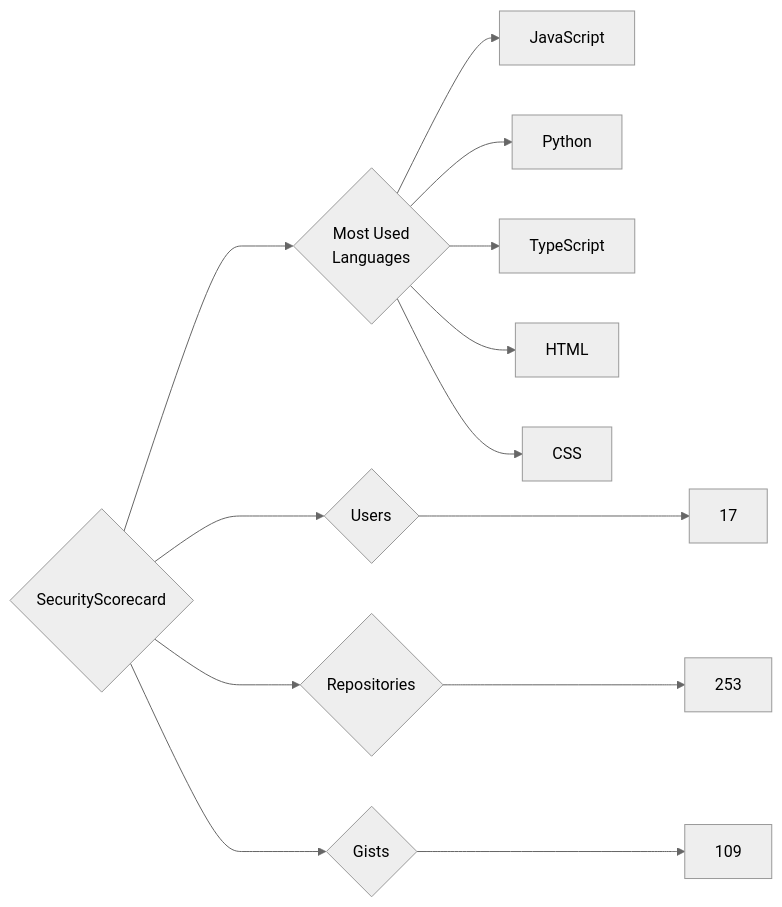
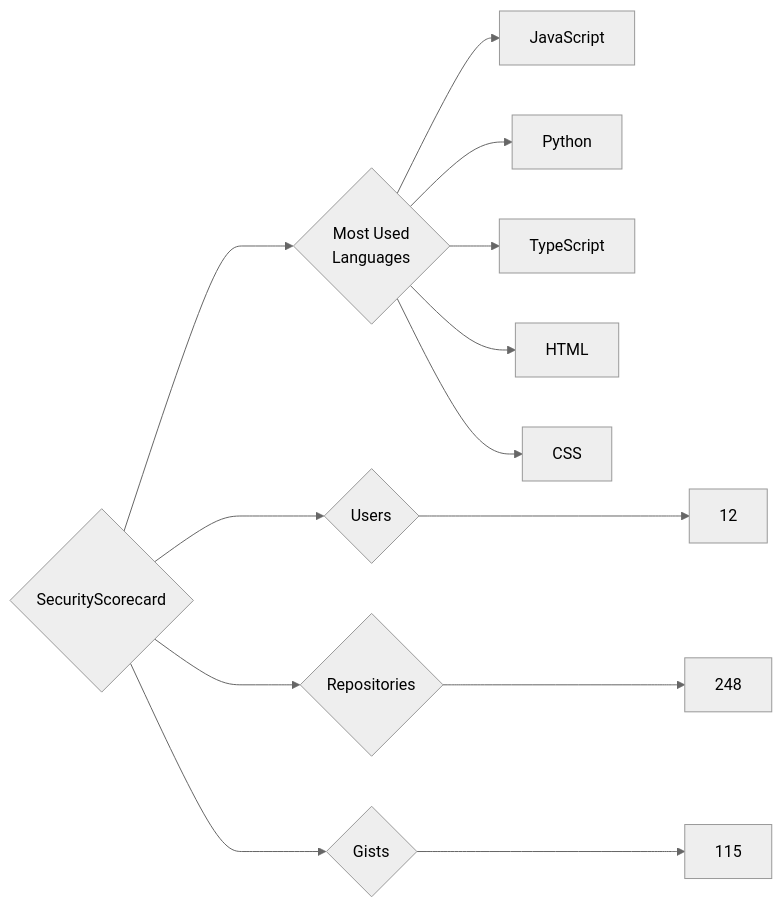
Before and after one commit to trickest/insiders: the diagram in targets/SecurityScorecard/README.md, drawn with Mermaid (neutral theme). The commit also changed 972 other files, not shown here.

````diff
--- a/targets/SecurityScorecard/README.md
+++ b/targets/SecurityScorecard/README.md
@@ -3,13 +3,13 @@
 ```mermaid
 graph LR
 COMPANY_NAME{SecurityScorecard}
-COMPANY_NAME ---> U{Users} ---> UN[17]
-COMPANY_NAME ---> R{Repositories} ---> RN[253]
-COMPANY_NAME ---> G{Gists} ---> GN[109]
+COMPANY_NAME ---> U{Users} ---> UN[12]
+COMPANY_NAME ---> R{Repositories} ---> RN[248]
+COMPANY_NAME ---> G{Gists} ---> GN[115]
 COMPANY_NAME ---> ML{Most Used<br>Languages}
 ML --> JavaScript[JavaScript]
 ML --> Python[Python]
 ML --> TypeScript[TypeScript]
 ML --> HTML[HTML]
 ML --> CSS[CSS]
 ```
````
